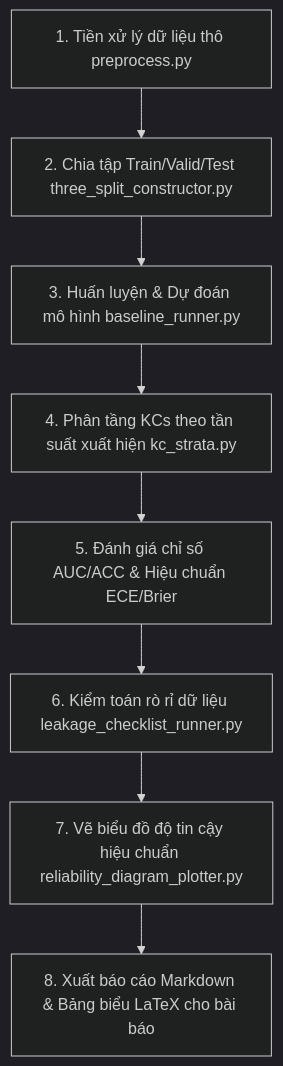
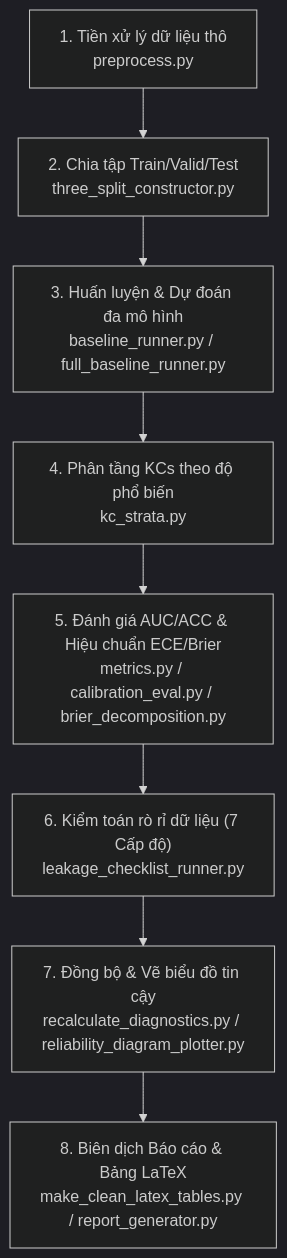
Before and after one commit to trinhnkt/Sparse-Concept-and-Calibration: the diagram in p0-sparse-calibration-kt/README.md, drawn with Mermaid (dark theme). The commit also changed other lines of this file, not shown here.

````diff
--- a/p0-sparse-calibration-kt/README.md
+++ b/p0-sparse-calibration-kt/README.md
@@ -161,10 +197,10 @@
 ```mermaid
 graph TD
-    A[1. Tiền xử lý dữ liệu thô preprocess.py] --> B[2. Chia tập Train/Valid/Test three_split_constructor.py]
-    B --> C[3. Huấn luyện & Dự đoán mô hình baseline_runner.py]
-    C --> D[4. Phân tầng KCs theo tần suất xuất hiện kc_strata.py]
-    D --> E[5. Đánh giá chỉ số AUC/ACC & Hiệu chuẩn ECE/Brier]
-    E --> F[6. Kiểm toán rò rỉ dữ liệu leakage_checklist_runner.py]
-    F --> G[7. Vẽ biểu đồ độ tin cậy hiệu chuẩn reliability_diagram_plotter.py]
-    G --> H[8. Xuất báo cáo Markdown & Bảng biểu LaTeX cho bài báo]
+    A["1. Tiền xử lý dữ liệu thô<br>preprocess.py"] --> B["2. Chia tập Train/Valid/Test<br>three_split_constructor.py"]
+    B --> C["3. Huấn luyện & Dự đoán đa mô hình<br>baseline_runner.py / full_baseline_runner.py"]
+    C --> D["4. Phân tầng KCs theo độ phổ biến<br>kc_strata.py"]
+    D --> E["5. Đánh giá AUC/ACC & Hiệu chuẩn ECE/Brier<br>metrics.py / calibration_eval.py / brier_decomposition.py"]
+    E --> F["6. Kiểm toán rò rỉ dữ liệu (7 Cấp độ)<br>leakage_checklist_runner.py"]
+    F --> G["7. Đồng bộ & Vẽ biểu đồ tin cậy<br>recalculate_diagnostics.py / reliability_diagram_plotter.py"]
+    G --> H["8. Biên dịch Báo cáo & Bảng LaTeX<br>make_clean_latex_tables.py / report_generator.py"]
 ```
````
